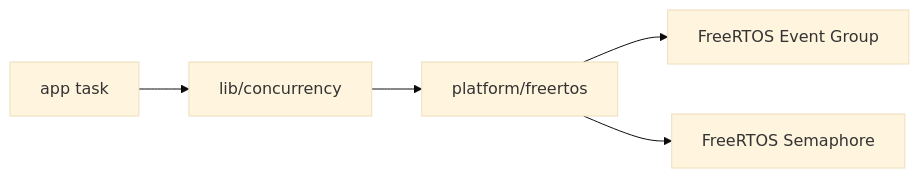
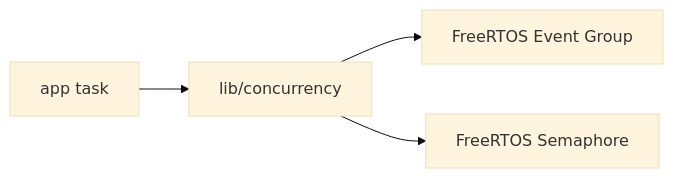
Before and after one commit to starkensan/usb_midi_pedal: the first of 2 diagrams in docs/designs/rtos-synchronization.md, drawn with Mermaid (base theme). The commit also changed other lines of this file and 29 other files, not shown here.

````diff
--- a/docs/designs/rtos-synchronization.md
+++ b/docs/designs/rtos-synchronization.md
@@ -27,7 +27,6 @@
 ```mermaid
 flowchart LR
-    app[app task] --> abstraction[lib/concurrency]
-    abstraction --> adapter[platform/freertos]
-    adapter --> eventgroup[FreeRTOS Event Group]
-    adapter --> semaphore[FreeRTOS Semaphore]
+    app[app task] --> concurrency[lib/concurrency]
+    concurrency --> eventgroup[FreeRTOS Event Group]
+    concurrency --> semaphore[FreeRTOS Semaphore]
 ```
````
